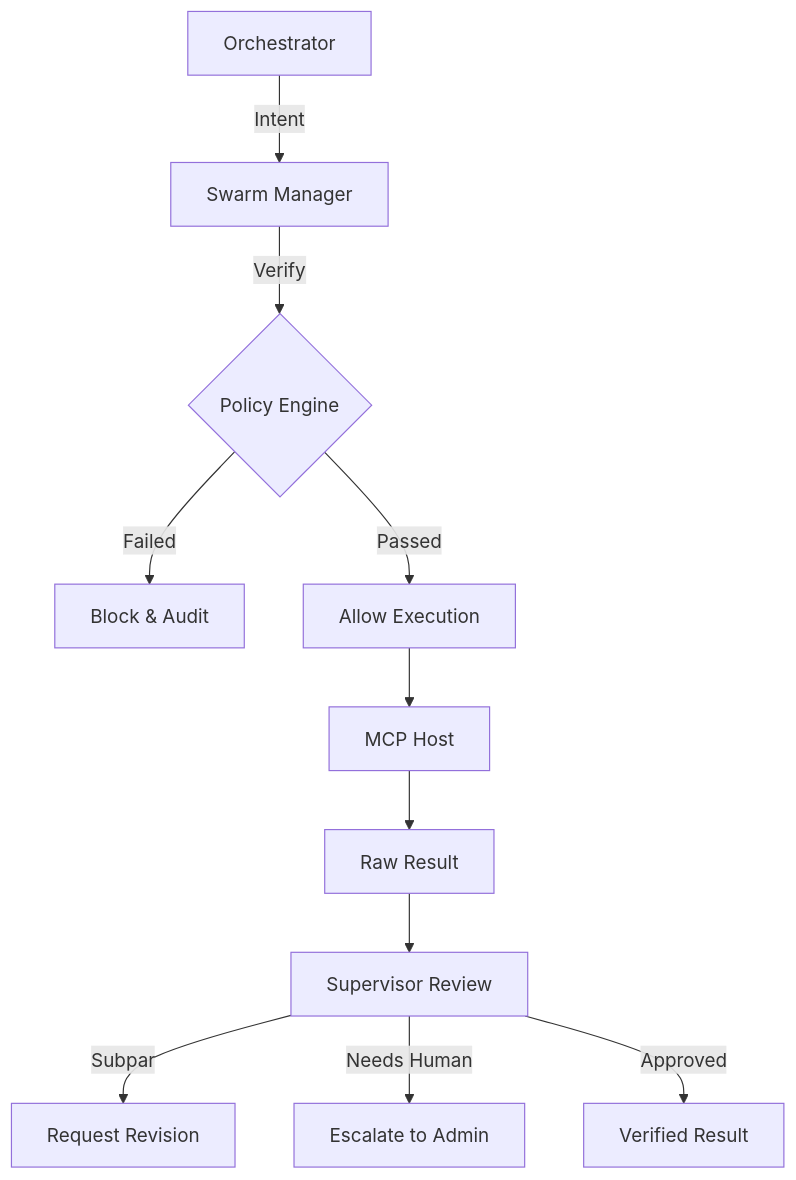
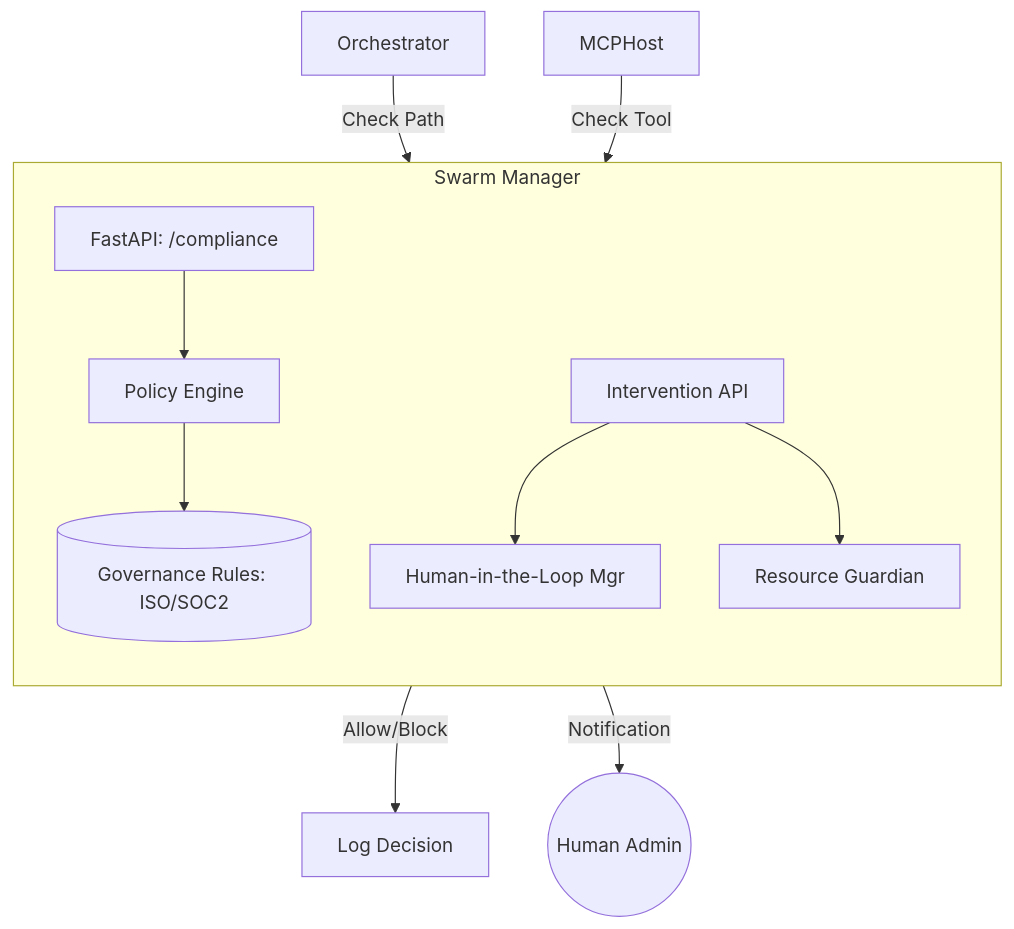
Before and after one commit to azzindani/Kea: the diagram in services/swarm_manager/README.md, drawn with Mermaid. The commit also changed other lines of this file and 22 other files, not shown here.

Commit message:
feat: Establish initial project architecture and comprehensive module documentation across kernel and services.

````diff
--- a/services/swarm_manager/README.md
+++ b/services/swarm_manager/README.md
@@ -23,16 +9,16 @@
 ```mermaid
 graph TD
-    Orch[Orchestrator] -->|Intent| Manager[Swarm Manager]
-    Manager -->|Verify| Policy{Policy Engine}
-    
-    Policy -->|Failed| Block[Block & Audit]
-    Policy -->|Passed| Execute[Allow Execution]
-    
-    Execute --> MCP[MCP Host]
-    MCP --> Result[Raw Result]
-    
-    Result --> Supervisor[Supervisor Review]
-    Supervisor -->|Subpar| Revise[Request Revision]
-    Supervisor -->|Needs Human| HITL[Escalate to Admin]
-    Supervisor -->|Approved| Final[Verified Result]
+    subgraph SwarmManager [Swarm Manager]
+        direction TB
+        Main[FastAPI: /compliance] --> Engine[Policy Engine]
+        Engine --> RuleDB[(Governance Rules: ISO/SOC2)]
+        
+        API[Intervention API] --> HITL[Human-in-the-Loop Mgr]
+        API --> Guard[Resource Guardian]
+    end
+
+    Orchestrator -->|Check Path| Engine
+    MCPHost -->|Check Tool| Engine
+    Engine -->|Allow/Block| Vault[Log Decision]
+    HITL -->|Notification| Human((Human Admin))
 ```
````
